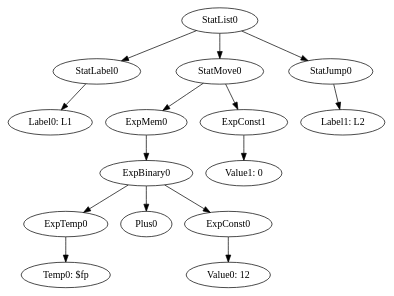
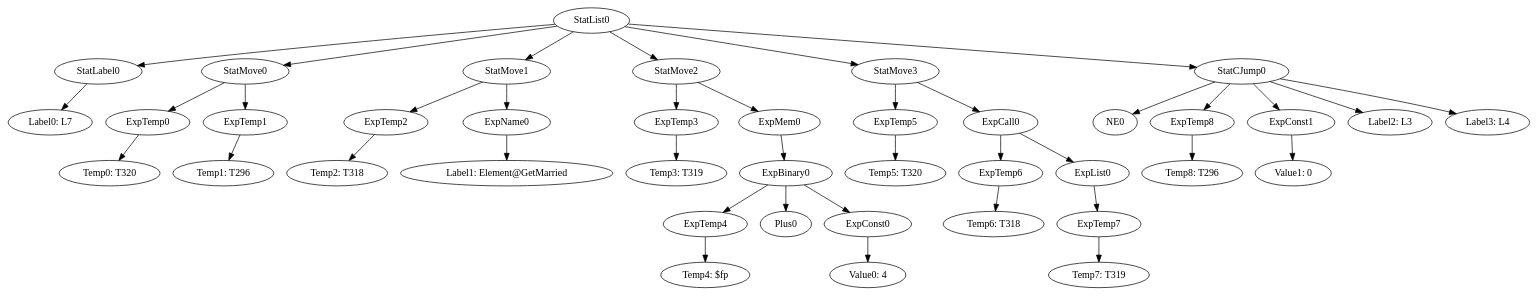
Before and after one commit to team-compilers/compilers: the diagram in MiniJava/results/SamplesCorrect/LinkedList/Element@Equal/blocks/7.gv, drawn with Graphviz. The commit also changed 569 other files, not shown here.

```diff
--- a/MiniJava/results/SamplesCorrect/LinkedList/Element@Equal/blocks/7.gv
+++ b/MiniJava/results/SamplesCorrect/LinkedList/Element@Equal/blocks/7.gv
@@ -1,17 +1,42 @@
 digraph {
 	ordering = out;
 	ExpConst1 -> "Value1: 0";
-	ExpMem0 -> ExpBinary0;
-	StatJump0 -> "Label1: L2";
-	ExpConst0 -> "Value0: 12";
-	StatLabel0 -> "Label0: L1";
+	ExpName0 -> "Label1: Element@GetMarried";
+	StatMove2 -> ExpTemp3;
+	StatMove2 -> ExpMem0;
+	ExpTemp2 -> "Temp2: T318";
+	ExpTemp3 -> "Temp3: T319";
+	StatLabel0 -> "Label0: L7";
 	StatList0 -> StatLabel0;
 	StatList0 -> StatMove0;
-	StatList0 -> StatJump0;
-	ExpTemp0 -> "Temp0: $fp";
-	StatMove0 -> ExpMem0;
-	StatMove0 -> ExpConst1;
-	ExpBinary0 -> ExpTemp0;
+	StatList0 -> StatMove1;
+	StatList0 -> StatMove2;
+	StatList0 -> StatMove3;
+	StatList0 -> StatCJump0;
+	ExpTemp0 -> "Temp0: T320";
+	StatMove0 -> ExpTemp0;
+	StatMove0 -> ExpTemp1;
+	ExpTemp7 -> "Temp7: T319";
+	ExpTemp4 -> "Temp4: $fp";
+	ExpCall0 -> ExpTemp6;
+	ExpCall0 -> ExpList0;
+	ExpBinary0 -> ExpTemp4;
 	ExpBinary0 -> Plus0;
 	ExpBinary0 -> ExpConst0;
+	ExpConst0 -> "Value0: 4";
+	ExpMem0 -> ExpBinary0;
+	ExpTemp1 -> "Temp1: T296";
+	ExpTemp5 -> "Temp5: T320";
+	StatMove3 -> ExpTemp5;
+	StatMove3 -> ExpCall0;
+	ExpTemp6 -> "Temp6: T318";
+	ExpList0 -> ExpTemp7;
+	StatMove1 -> ExpTemp2;
+	StatMove1 -> ExpName0;
+	ExpTemp8 -> "Temp8: T296";
+	StatCJump0 -> NE0;
+	StatCJump0 -> ExpTemp8;
+	StatCJump0 -> ExpConst1;
+	StatCJump0 -> "Label2: L3";
+	StatCJump0 -> "Label3: L4";
 }
```
